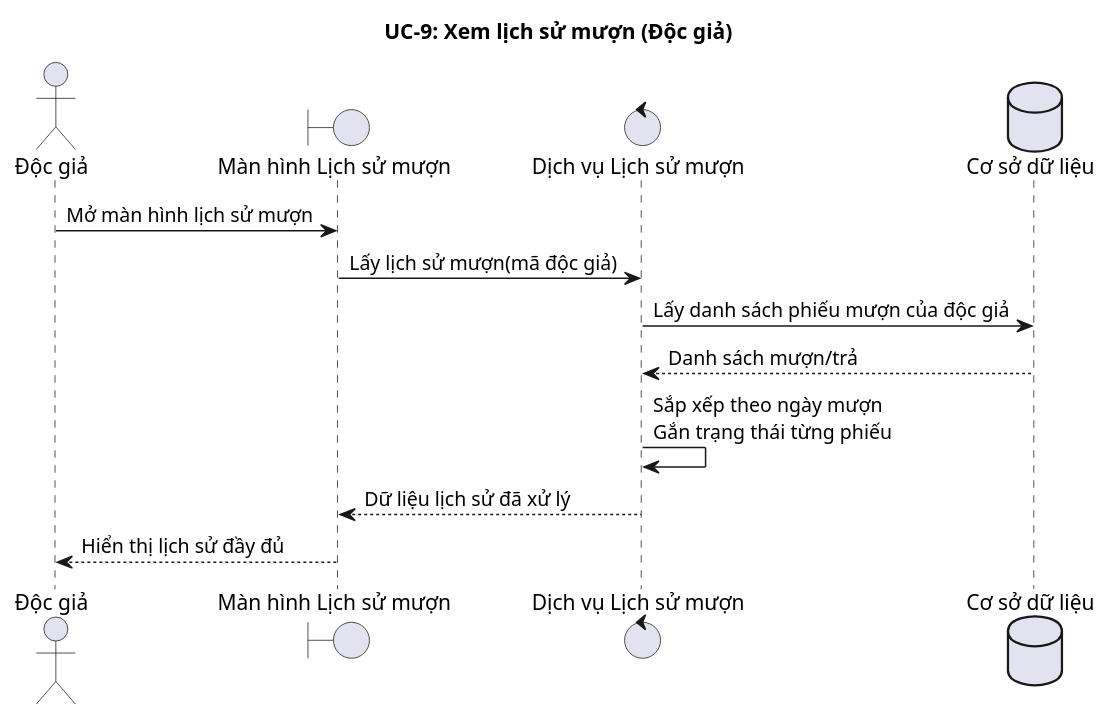
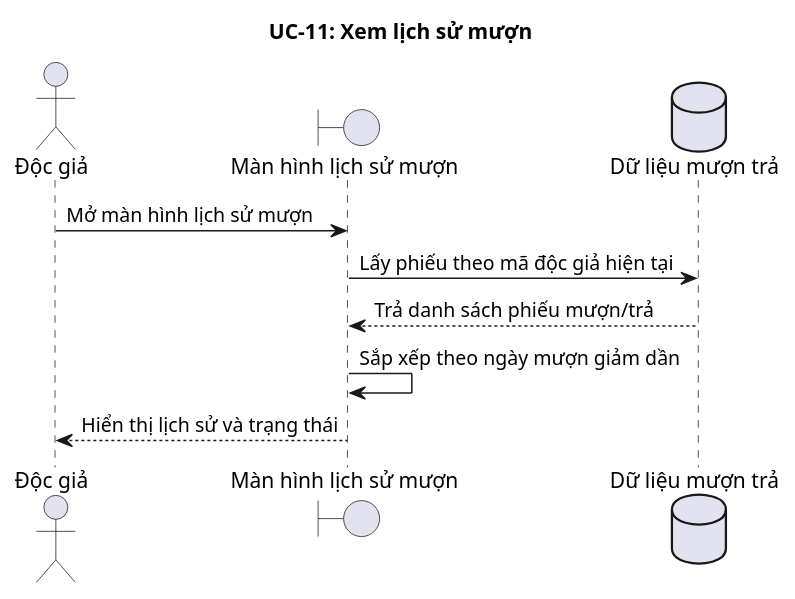
Before and after one commit to TienDungwork/Nhom3_PTTK-HTTT: diagram 11 of 14 in docs/SEQUENCE_UC_DA_LAM.md, drawn with PlantUML. The commit also changed other lines of this file and 22 other files, not shown here.

````diff
--- a/docs/SEQUENCE_UC_DA_LAM.md
+++ b/docs/SEQUENCE_UC_DA_LAM.md
@@ -226,18 +292,15 @@
 ```puml
 @startuml
-title UC-9: Xem lịch sử mượn (Độc giả)
+title UC-11: Xem lịch sử mượn
 
 actor DocGia as "Độc giả"
-boundary HistoryUI as "Màn hình Lịch sử mượn"
-control HistoryService as "Dịch vụ Lịch sử mượn"
-database BorrowDB as "Cơ sở dữ liệu"
+boundary ManHinhLichSu as "Màn hình lịch sử mượn"
+database DuLieuMuonTra as "Dữ liệu mượn trả"
 
-DocGia -> HistoryUI: Mở màn hình lịch sử mượn
-HistoryUI -> HistoryService: Lấy lịch sử mượn(mã độc giả)
-HistoryService -> BorrowDB: Lấy danh sách phiếu mượn của độc giả
-BorrowDB --> HistoryService: Danh sách mượn/trả
-HistoryService -> HistoryService: Sắp xếp theo ngày mượn\nGắn trạng thái từng phiếu
-HistoryService --> HistoryUI: Dữ liệu lịch sử đã xử lý
-HistoryUI --> DocGia: Hiển thị lịch sử đầy đủ
+DocGia -> ManHinhLichSu: Mở màn hình lịch sử mượn
+ManHinhLichSu -> DuLieuMuonTra: Lấy phiếu theo mã độc giả hiện tại
+DuLieuMuonTra --> ManHinhLichSu: Trả danh sách phiếu mượn/trả
+ManHinhLichSu -> ManHinhLichSu: Sắp xếp theo ngày mượn giảm dần
+ManHinhLichSu --> DocGia: Hiển thị lịch sử và trạng thái
 @enduml
 ```
````
